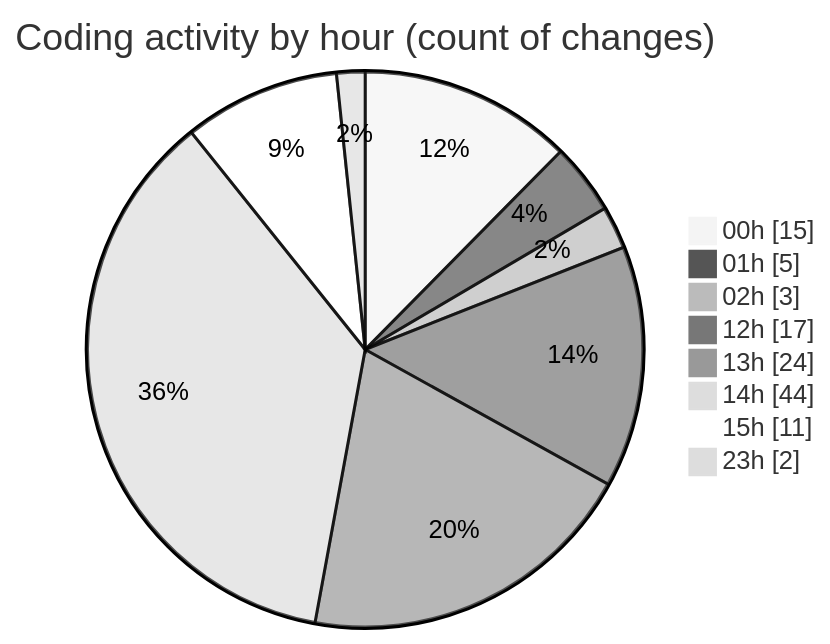
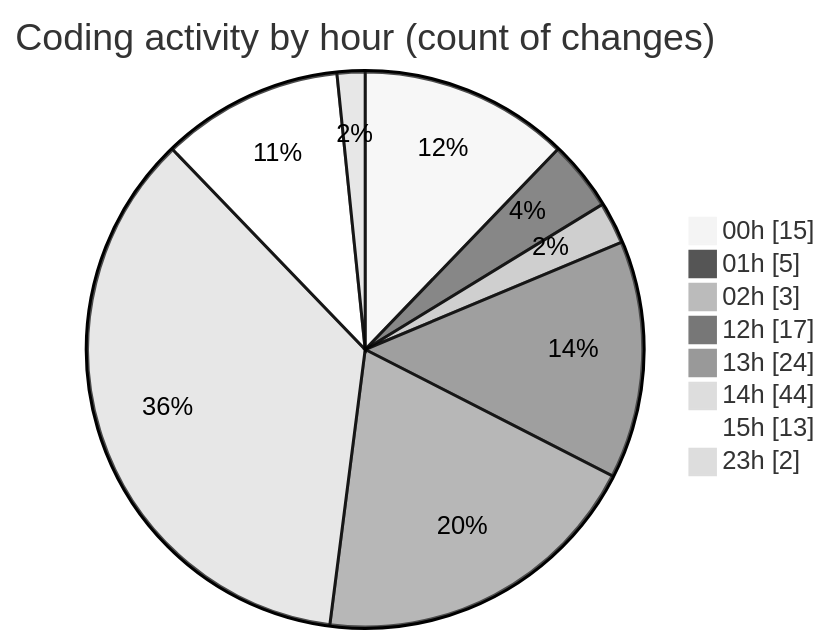
Before and after one commit to lephambinh05/code-tracking: the second of 2 diagrams in 2025-08-13/rentotp/README.md, drawn with Mermaid (neutral theme). The commit also changed other lines of this file and 1 other file, not shown here.

````diff
--- a/2025-08-13/rentotp/README.md
+++ b/2025-08-13/rentotp/README.md
@@ -50,12 +50,12 @@
 ```mermaid
 pie showData
 title Coding activity by hour (count of changes)
 "00h" : 15
 "01h" : 5
 "02h" : 3
 "12h" : 17
 "13h" : 24
 "14h" : 44
-"15h" : 11
+"15h" : 13
 "23h" : 2
 ```
````
